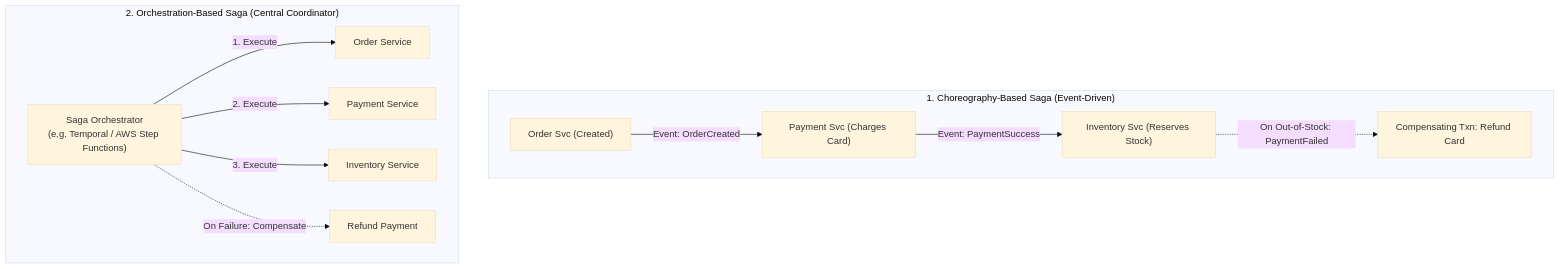
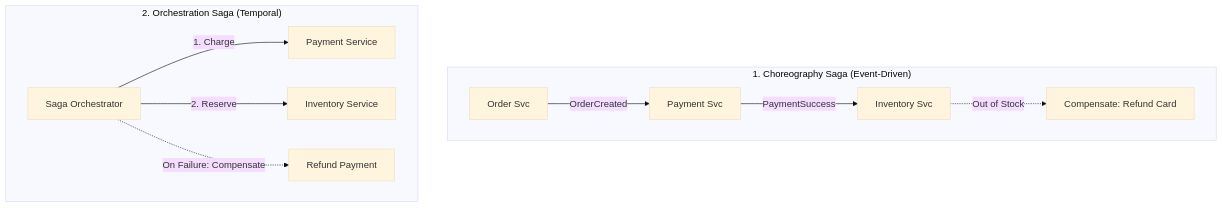
The fourth of 4 diagrams in strivers-hld/09-Microservices-and-API-Design/README.md (Sourav108/strivers-lld), drawn with Mermaid (base theme) before and after one commit. The commit also changed other lines of this file and 39 other files, not shown here.

Commit message:
fix(mermaid): wrap node labels, simplify diamonds, and reformat wide diagrams for perfect GitHub rendering

````diff
--- a/strivers-hld/09-Microservices-and-API-Design/README.md
+++ b/strivers-hld/09-Microservices-and-API-Design/README.md
@@ -74,16 +78,15 @@
 ```mermaid
 flowchart TD
-    subgraph SagaChoreography["1. Choreography-Based Saga (Event-Driven)"]
-        O1["Order Svc (Created)"] -->|Event: OrderCreated| P1["Payment Svc (Charges Card)"]
-        P1 -->|Event: PaymentSuccess| I1["Inventory Svc (Reserves Stock)"]
-        I1 -.->|On Out-of-Stock: PaymentFailed| P1Comp["Compensating Txn: Refund Card"]
+    subgraph SagaChoreography["1. Choreography Saga (Event-Driven)"]
+        O1["Order Svc"] -->|OrderCreated| P1["Payment Svc"]
+        P1 -->|PaymentSuccess| I1["Inventory Svc"]
+        I1 -.->|Out of Stock| P1Comp["Compensate: Refund Card"]
     end
 
-    subgraph SagaOrchestration["2. Orchestration-Based Saga (Central Coordinator)"]
-        Orch["Saga Orchestrator<br/>(e.g. Temporal / AWS Step Functions)"]
-        Orch -->|1. Execute| Svc1["Order Service"]
-        Orch -->|2. Execute| Svc2["Payment Service"]
-        Orch -->|3. Execute| Svc3["Inventory Service"]
+    subgraph SagaOrchestration["2. Orchestration Saga (Temporal)"]
+        Orch["Saga Orchestrator"]
+        Orch -->|1. Charge| Svc2["Payment Service"]
+        Orch -->|2. Reserve| Svc3["Inventory Service"]
         Orch -.->|On Failure: Compensate| Svc2Refund["Refund Payment"]
     end
 ```
````
